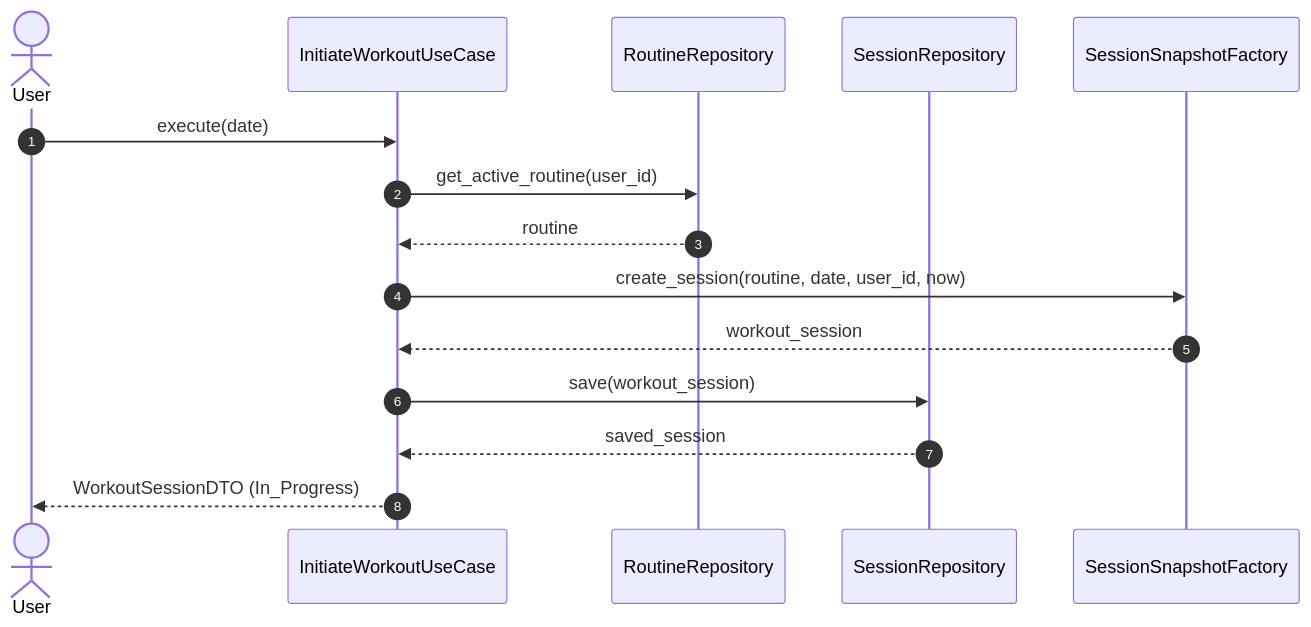
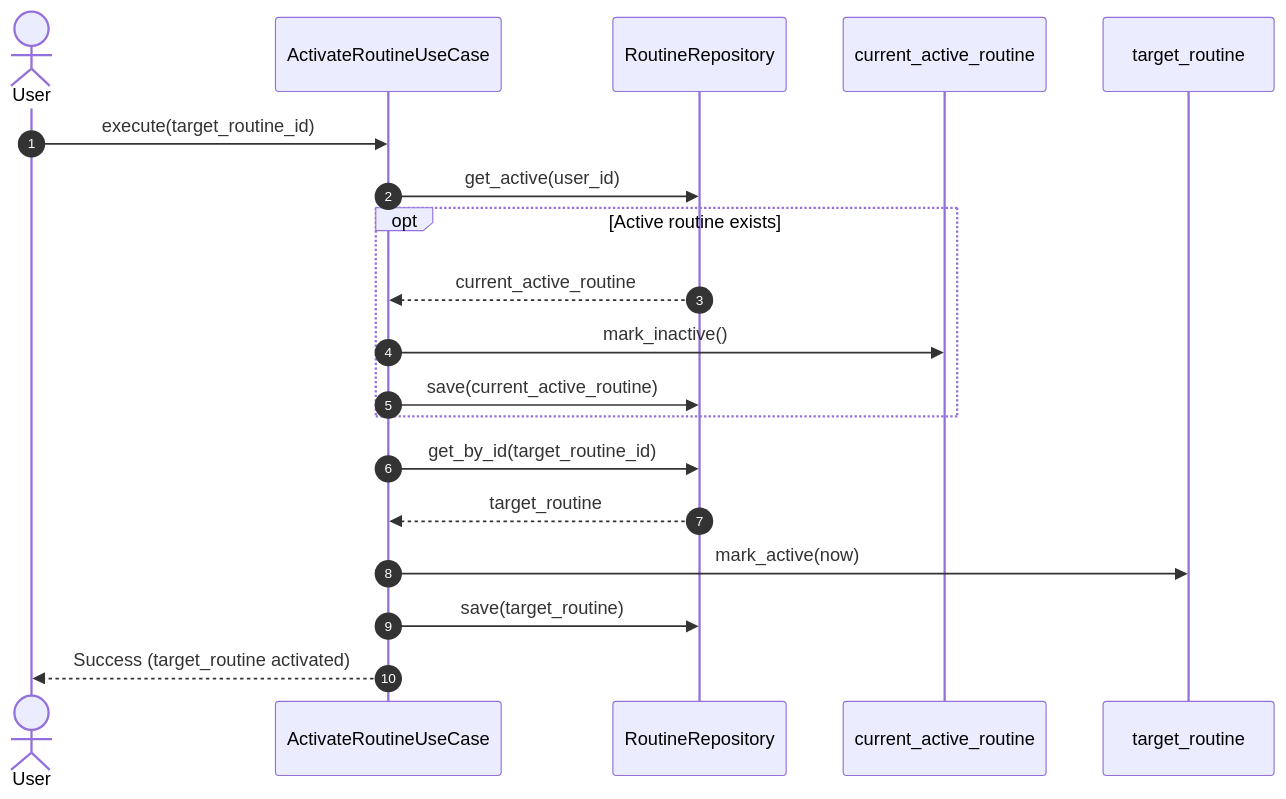
The fifth of 6 diagrams in docs/praxis-domain-model.md (kiskaadee/praxis), drawn with Mermaid before and after one commit. The commit also changed other lines of this file and 4 other files, not shown here.

````diff
--- a/docs/praxis-domain-model.md
+++ b/docs/praxis-domain-model.md
@@ -439,18 +417,20 @@
 ```mermaid
 sequenceDiagram
     autonumber
     actor User
-    participant UC as InitiateWorkoutUseCase
+    participant UC as ActivateRoutineUseCase
     participant RRepo as RoutineRepository
-    participant SRepo as SessionRepository
-    participant SSF as SessionSnapshotFactory
 
-    User->>UC: execute(date)
-    UC->>RRepo: get_active_routine(user_id)
-    RRepo-->>UC: routine
-    UC->>SSF: create_session(routine, date, user_id, now)
-    SSF-->>UC: workout_session
-    UC->>SRepo: save(workout_session)
-    SRepo-->>UC: saved_session
-    UC-->>User: WorkoutSessionDTO (In_Progress)
+    User->>UC: execute(target_routine_id)
+    UC->>RRepo: get_active(user_id)
+    opt Active routine exists
+        RRepo-->>UC: current_active_routine
+        UC->>current_active_routine: mark_inactive()
+        UC->>RRepo: save(current_active_routine)
+    end
+    UC->>RRepo: get_by_id(target_routine_id)
+    RRepo-->>UC: target_routine
+    UC->>target_routine: mark_active(now)
+    UC->>RRepo: save(target_routine)
+    UC-->>User: Success (target_routine activated)
 ```
````
